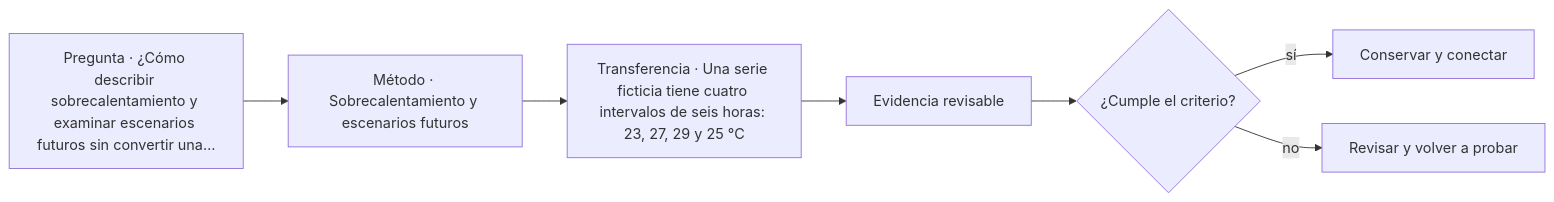
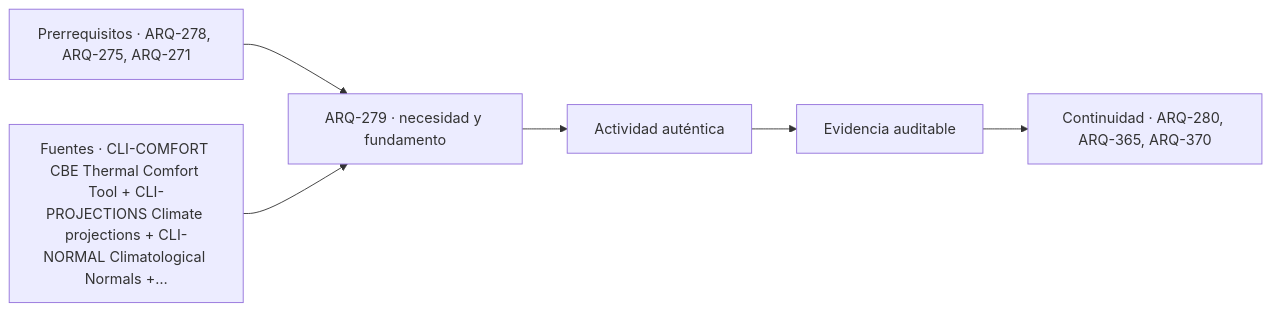
The diagram in classes/parte-28/ARQ-279.md (vladimiracunadev-create/architecture-built-environment-learning-program), drawn with Mermaid before and after one commit. The commit also changed other lines of this file and 761 other files, not shown here.

````diff
--- a/classes/parte-28/ARQ-279.md
+++ b/classes/parte-28/ARQ-279.md
@@ -107,9 +119,8 @@
 ```mermaid
 flowchart LR
-    Q["Pregunta · ¿Cómo describir sobrecalentamiento y examinar escenarios futuros sin convertir una…"] --> M["Método · Sobrecalentamiento y escenarios futuros"]
-    M --> P["Transferencia · Una serie ficticia tiene cuatro intervalos de seis horas: 23, 27, 29 y 25 °C"]
-    P --> E["Evidencia revisable"]
-    E --> C{"¿Cumple el criterio?"}
-    C -->|sí| T["Conservar y conectar"]
-    C -->|no| R["Revisar y volver a probar"]
+    A["Prerrequisitos · ARQ-278, ARQ-275, ARQ-271"] --> B["ARQ-279 · necesidad y fundamento"]
+    S["Fuentes · CLI-COMFORT CBE Thermal Comfort Tool + CLI-PROJECTIONS Climate projections + CLI-NORMAL Climatological Normals +…"] --> B
+    B --> C["Actividad auténtica"]
+    C --> D["Evidencia auditable"]
+    D --> E["Continuidad · ARQ-280, ARQ-365, ARQ-370"]
 ```
````
